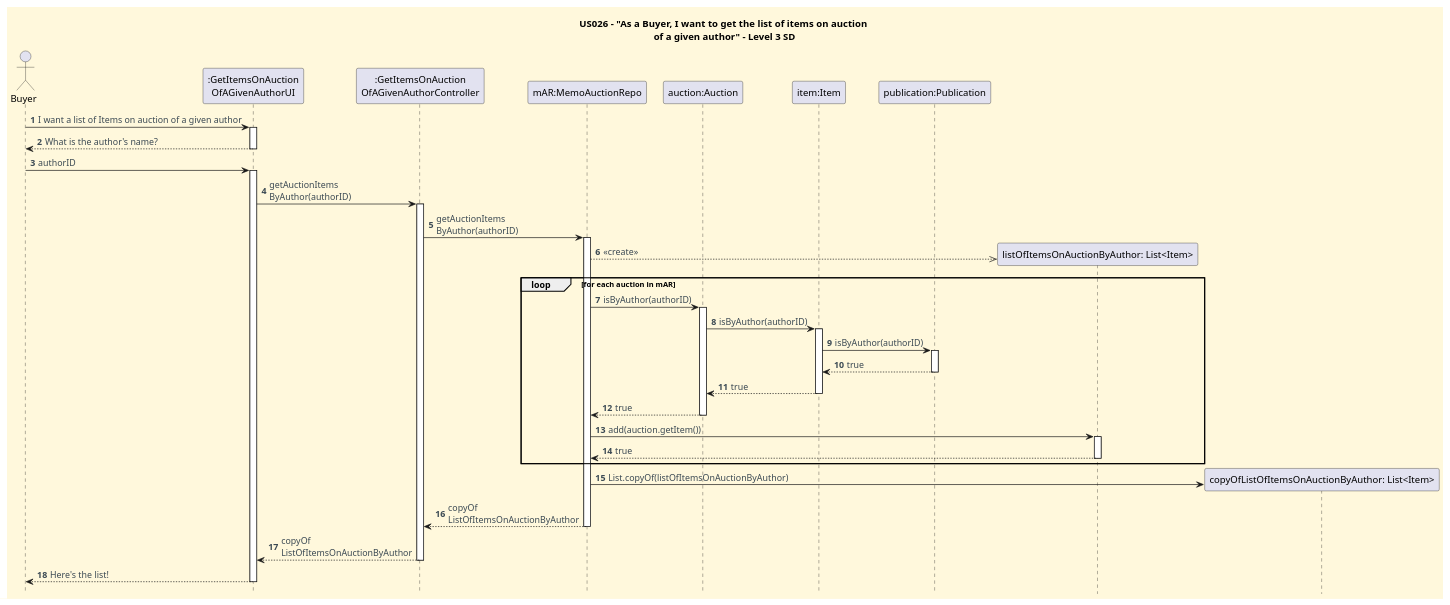
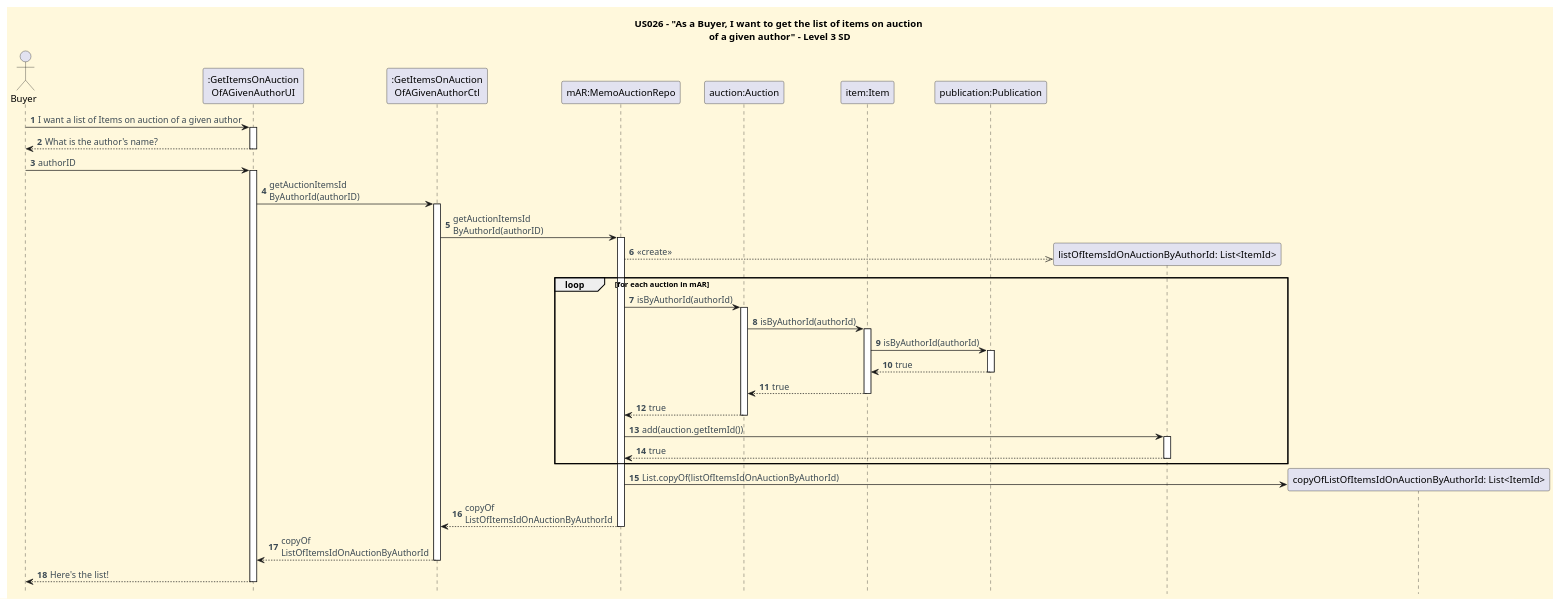
Before and after one commit to CarolinaLeite-collab/JavaMarketplacePlatform: the diagram in docs/user-stories/US026/US026_get_list_of_items_on_auction_of_given_author_SD_2.puml, drawn with PlantUML. The commit also changed 1 other file, not shown here.

```diff
--- a/docs/user-stories/US026/US026_get_list_of_items_on_auction_of_given_author_SD_2.puml
+++ b/docs/user-stories/US026/US026_get_list_of_items_on_auction_of_given_author_SD_2.puml
@@ -1,78 +1,78 @@
 @startuml
 title US026 – "As a Buyer, I want to get the list of items on auction \nof a given author" - Level 3 SD
 hidefootbox
 
 '==== basic style ====
 skinparam monochrome false
 skinparam shadowing false
 skinparam defaultFontName Futura
 skinparam objectFontSize 20
 skinparam backgroundColor CornSilk
 skinparam objectBackgroundColor WhiteSmoke
 skinparam noteBackgroundColor #FFFFE0
 skinparam ArrowFontColor #3B4953
 skinparam ActivationBackgroundColor black
 
 autonumber
 autoactivate off
 
 ' --- Actor and participants ---
 actor Buyer
 participant ":GetItemsOnAuction\nOfAGivenAuthorUI" as UI
-participant ":GetItemsOnAuction\nOfAGivenAuthorController" as CTL
+participant ":GetItemsOnAuction\nOfAGivenAuthorCtl" as CTL
 participant "mAR:MemoAuctionRepo" as DSR
 participant "auction:Auction" as DS
 participant "item:Item" as IT
 participant "publication:Publication" as PUB
 
 
 
 ' --- Dialog ---
 Buyer -> UI: I want a list of Items on auction of a given author
 activate UI
 UI --> Buyer: What is the author's name?
 deactivate UI
 Buyer -> UI: authorID
 activate UI
-UI -> CTL: getAuctionItems\nByAuthor(authorID)
+UI -> CTL: getAuctionItemsId\nByAuthorId(authorID)
 activate CTL
-CTL -> DSR: getAuctionItems\nByAuthor(authorID)
+CTL -> DSR: getAuctionItemsId\nByAuthorId(authorID)
 activate DSR
 
-create "listOfItemsOnAuctionByAuthor: List<Item>" as List
+create "listOfItemsIdOnAuctionByAuthorId: List<ItemId>" as List
 DSR -->> List: <<create>>
 
 loop for each auction in mAR
-    DSR -> DS: isByAuthor(authorID)
+    DSR -> DS: isByAuthorId(authorId)
     activate DS
-    DS -> IT: isByAuthor(authorID)
+    DS -> IT: isByAuthorId(authorId)
     activate IT
-    IT -> PUB: isByAuthor(authorID)
+    IT -> PUB: isByAuthorId(authorId)
     activate PUB
     PUB --> IT: true
     deactivate PUB
     IT --> DS: true
     deactivate IT
     DS --> DSR: true
     deactivate DS
-    DSR -> List: add(auction.getItem())
+    DSR -> List: add(auction.getItemId())
     activate List
     List --> DSR: true
     deactivate List
 end
 
 
 
-create "copyOfListOfItemsOnAuctionByAuthor: List<Item>" as Copy
-DSR -> Copy: List.copyOf(listOfItemsOnAuctionByAuthor)
+create "copyOfListOfItemsIdOnAuctionByAuthorId: List<ItemId>" as Copy
+DSR -> Copy: List.copyOf(listOfItemsIdOnAuctionByAuthorId)
 
 'participant "author:Author" as AUT
 
-DSR --> CTL: copyOf\nListOfItemsOnAuctionByAuthor
+DSR --> CTL: copyOf\nListOfItemsIdOnAuctionByAuthorId
 deactivate DSR
-CTL --> UI: copyOf\nListOfItemsOnAuctionByAuthor
+CTL --> UI: copyOf\nListOfItemsIdOnAuctionByAuthorId
 deactivate CTL
 UI --> Buyer: Here's the list!
 deactivate UI
 
 @enduml
```
